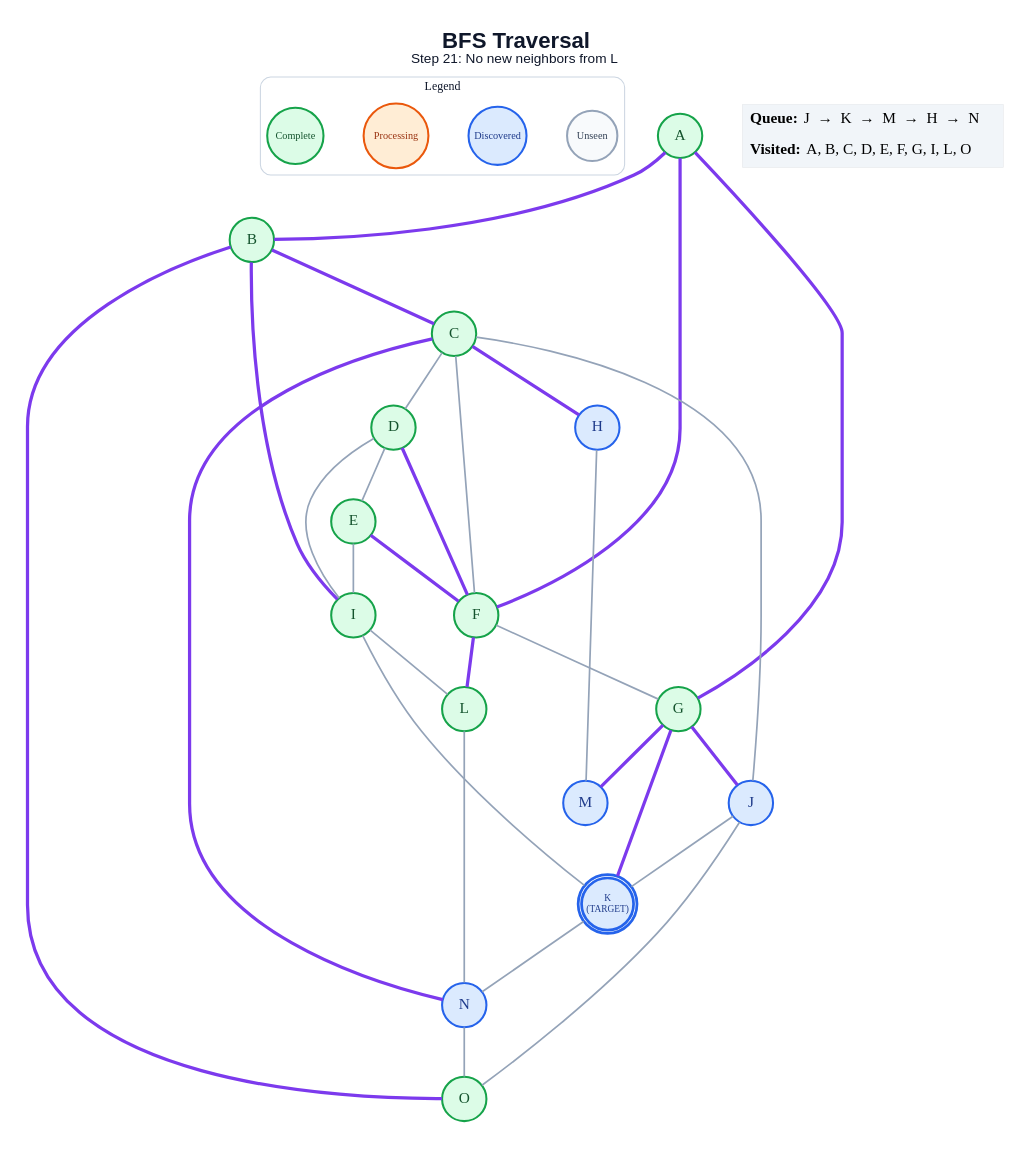
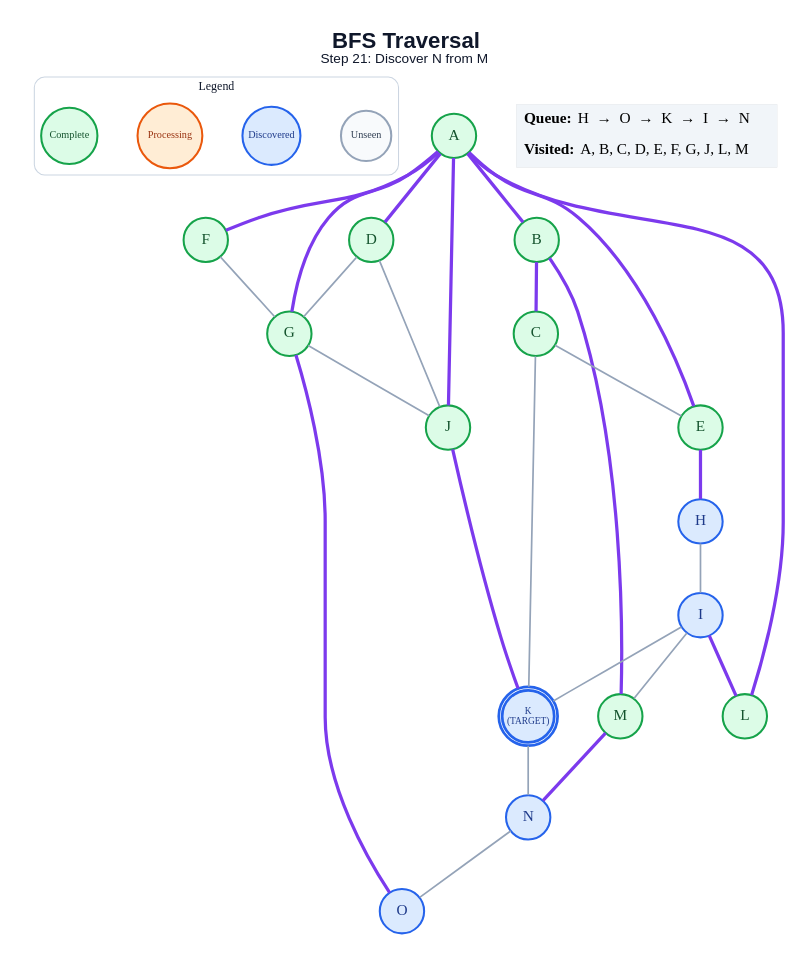
One commit to anon7238593-create/ai-slop changed the diagram in generated/specific-node/bfs/step_21.dot. Above: the diagram before and after it, drawn with Graphviz. The commit also changed 272 other files, not shown here.

```diff
--- a/generated/specific-node/bfs/step_21.dot
+++ b/generated/specific-node/bfs/step_21.dot
@@ -1,63 +1,59 @@
 graph traversal {
   graph [layout=dot, rankdir=TB, bgcolor="#FFFFFF", pad="0.35", nodesep="0.65", ranksep="0.8", fontname="Arial"];
   node [shape=circle, style="filled", fontname="Arial Bold", fontsize=18, width=0.72, fixedsize=true, penwidth=2.4];
   edge [color="#94A3B8", penwidth=2.0];
-  label=<<B>BFS Traversal</B><BR/><FONT POINT-SIZE="16">Step 21: No new neighbors from L</FONT>>; labelloc="t"; fontsize=26; fontname="Arial"; fontcolor="#0F172A";
+  label=<<B>BFS Traversal</B><BR/><FONT POINT-SIZE="16">Step 21: Discover N from M</FONT>>; labelloc="t"; fontsize=26; fontname="Arial"; fontcolor="#0F172A";
   subgraph cluster_legend { label="Legend"; color="#CBD5E1"; penwidth=1.2; style="rounded"; fontsize=14; fontname="Arial Bold";
     key_unseen [label="Unseen", fillcolor="#F8FAFC", color="#94A3B8", fontcolor="#334155", fontsize=12, width=0.82];
     key_frontier [label="Discovered", fillcolor="#DBEAFE", color="#2563EB", fontcolor="#1E3A8A", fontsize=12, width=0.95];
     key_current [label="Processing", fillcolor="#FFEDD5", color="#EA580C", fontcolor="#9A3412", fontsize=12, width=1.05];
     key_done [label="Complete", fillcolor="#DCFCE7", color="#16A34A", fontcolor="#14532D", fontsize=12, width=0.92];
     { rank=same; key_unseen; key_frontier; key_current; key_done; }
   }
   A [label="A", fillcolor="#DCFCE7", color="#16A34A", fontcolor="#14532D", peripheries=1, penwidth=2.4];
   B [label="B", fillcolor="#DCFCE7", color="#16A34A", fontcolor="#14532D", peripheries=1, penwidth=2.4];
   C [label="C", fillcolor="#DCFCE7", color="#16A34A", fontcolor="#14532D", peripheries=1, penwidth=2.4];
   D [label="D", fillcolor="#DCFCE7", color="#16A34A", fontcolor="#14532D", peripheries=1, penwidth=2.4];
   E [label="E", fillcolor="#DCFCE7", color="#16A34A", fontcolor="#14532D", peripheries=1, penwidth=2.4];
   F [label="F", fillcolor="#DCFCE7", color="#16A34A", fontcolor="#14532D", peripheries=1, penwidth=2.4];
   G [label="G", fillcolor="#DCFCE7", color="#16A34A", fontcolor="#14532D", peripheries=1, penwidth=2.4];
   H [label="H", fillcolor="#DBEAFE", color="#2563EB", fontcolor="#1E3A8A", peripheries=1, penwidth=2.4];
-  I [label="I", fillcolor="#DCFCE7", color="#16A34A", fontcolor="#14532D", peripheries=1, penwidth=2.4];
-  J [label="J", fillcolor="#DBEAFE", color="#2563EB", fontcolor="#1E3A8A", peripheries=1, penwidth=2.4];
+  I [label="I", fillcolor="#DBEAFE", color="#2563EB", fontcolor="#1E3A8A", peripheries=1, penwidth=2.4];
+  J [label="J", fillcolor="#DCFCE7", color="#16A34A", fontcolor="#14532D", peripheries=1, penwidth=2.4];
   K [label="K\n(TARGET)", fillcolor="#DBEAFE", color="#2563EB", fontcolor="#1E3A8A", peripheries=2, penwidth=3.2, fontsize=11, width=0.85, height=0.85];
   L [label="L", fillcolor="#DCFCE7", color="#16A34A", fontcolor="#14532D", peripheries=1, penwidth=2.4];
-  M [label="M", fillcolor="#DBEAFE", color="#2563EB", fontcolor="#1E3A8A", peripheries=1, penwidth=2.4];
+  M [label="M", fillcolor="#DCFCE7", color="#16A34A", fontcolor="#14532D", peripheries=1, penwidth=2.4];
   N [label="N", fillcolor="#DBEAFE", color="#2563EB", fontcolor="#1E3A8A", peripheries=1, penwidth=2.4];
-  O [label="O", fillcolor="#DCFCE7", color="#16A34A", fontcolor="#14532D", peripheries=1, penwidth=2.4];
+  O [label="O", fillcolor="#DBEAFE", color="#2563EB", fontcolor="#1E3A8A", peripheries=1, penwidth=2.4];
   A -- B [color="#7C3AED", penwidth=3.8];
+  A -- D [color="#7C3AED", penwidth=3.8];
+  A -- E [color="#7C3AED", penwidth=3.8];
   A -- F [color="#7C3AED", penwidth=3.8];
   A -- G [color="#7C3AED", penwidth=3.8];
+  A -- J [color="#7C3AED", penwidth=3.8];
+  A -- L [color="#7C3AED", penwidth=3.8];
   B -- C [color="#7C3AED", penwidth=3.8];
-  B -- I [color="#7C3AED", penwidth=3.8];
-  B -- O [color="#7C3AED", penwidth=3.8];
-  C -- D;
-  C -- F;
-  C -- H [color="#7C3AED", penwidth=3.8];
-  C -- J;
-  C -- N [color="#7C3AED", penwidth=3.8];
-  D -- E;
-  D -- F [color="#7C3AED", penwidth=3.8];
-  D -- I;
-  E -- F [color="#7C3AED", penwidth=3.8];
-  E -- I;
+  B -- M [color="#7C3AED", penwidth=3.8];
+  C -- E;
+  C -- K;
+  D -- G;
+  D -- J;
+  E -- H [color="#7C3AED", penwidth=3.8];
   F -- G;
-  F -- L [color="#7C3AED", penwidth=3.8];
-  G -- J [color="#7C3AED", penwidth=3.8];
-  G -- K [color="#7C3AED", penwidth=3.8];
-  G -- M [color="#7C3AED", penwidth=3.8];
-  H -- M;
+  G -- J;
+  G -- O [color="#7C3AED", penwidth=3.8];
+  H -- I;
   I -- K;
-  I -- L;
-  J -- K;
-  J -- O;
+  I -- L [color="#7C3AED", penwidth=3.8];
+  I -- M;
+  J -- K [color="#7C3AED", penwidth=3.8];
   K -- N;
-  L -- N;
+  M -- N [color="#7C3AED", penwidth=3.8];
   N -- O;
   status [shape=plain, fixedsize=false, width=0, height=0, margin=0, label=<
     <TABLE BORDER="0" CELLBORDER="0" CELLPADDING="7" BGCOLOR="#F1F5F9">
-      <TR><TD ALIGN="LEFT"><B>Queue:</B> J  →  K  →  M  →  H  →  N</TD></TR>
-      <TR><TD ALIGN="LEFT"><B>Visited:</B> A, B, C, D, E, F, G, I, L, O</TD></TR>
+      <TR><TD ALIGN="LEFT"><B>Queue:</B> H  →  O  →  K  →  I  →  N</TD></TR>
+      <TR><TD ALIGN="LEFT"><B>Visited:</B> A, B, C, D, E, F, G, J, L, M</TD></TR>
     </TABLE>
   >];
 }
```
